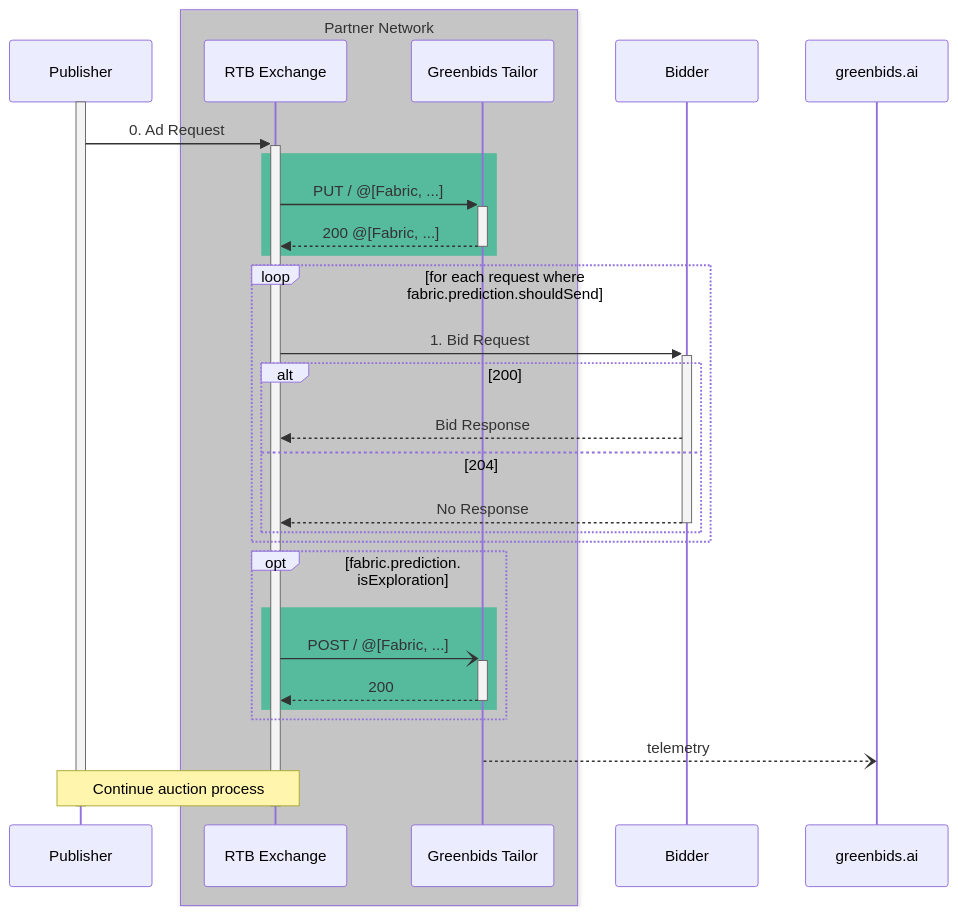
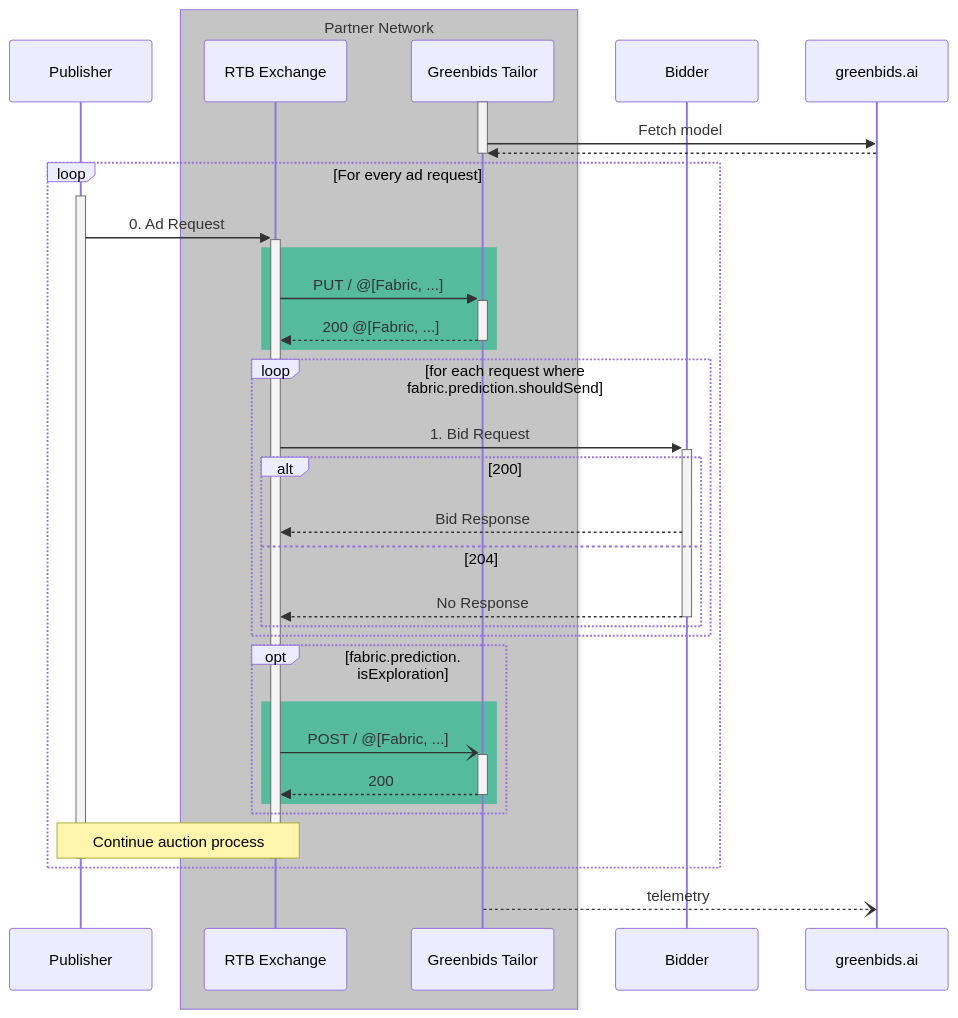
The diagram in README.md (greenbids/greenbids-tailor-external), drawn with Mermaid before and after one commit.

Commit message:
doc: add model fetching to sequence diagram

````diff
--- a/README.md
+++ b/README.md
@@ -62,38 +62,46 @@
 ```mermaid
 sequenceDiagram
     participant Publisher
-    activate Publisher
-
     box rgba(128, 128, 128, 0.33) Partner Network
         participant SSP as RTB Exchange
         participant GB as Greenbids Tailor
     end
+    participant Bidder
+    participant greenbids.ai
 
-    Publisher ->>+ SSP: 0. Ad Request
+    activate GB
+    GB ->> greenbids.ai: Fetch model
+    greenbids.ai -->> GB: 
+    deactivate GB
 
-    rect rgba(30, 183, 136, 0.66)
-    SSP ->>+ GB: PUT / @[Fabric, ...]
-    GB -->>- SSP: 200 @[Fabric, ...]
+    loop For every ad request
+        activate Publisher
+        Publisher ->>+ SSP: 0. Ad Request
+
+        rect rgba(30, 183, 136, 0.66)
+        SSP ->>+ GB: PUT / @[Fabric, ...]
+        GB -->>- SSP: 200 @[Fabric, ...]
+        end
+
+        loop for each request where fabric.prediction.shouldSend
+            SSP ->>+ Bidder : 1. Bid Request
+            alt 200
+            Bidder -->> SSP: Bid Response
+            else 204
+            Bidder -->>- SSP: No Response
+            end
+        end
+
+        opt fabric.prediction.<br>isExploration
+            rect rgba(30, 183, 136, 0.66)
+                SSP -)+ GB: POST / @[Fabric, ...]
+                GB -->>- SSP: 200
+            end
+        end
+
+        note over Publisher,SSP: Continue auction process
+        deactivate SSP
+        deactivate Publisher
     end
-
-    loop for each request where fabric.prediction.shouldSend
-        SSP ->>+ Bidder : 1. Bid Request
-        alt 200
-        Bidder -->> SSP: Bid Response
-        else 204
-        Bidder -->>- SSP: No Response
-        end
-    end
-
-    opt fabric.prediction.<br>isExploration
-        rect rgba(30, 183, 136, 0.66)
-            SSP -)+ GB: POST / @[Fabric, ...]
-            GB -->>- SSP: 200
-        end
-    end
-    GB --) greenbids.ai: telemetry
-
-    note over Publisher,SSP: Continue auction process
-    deactivate SSP
-    deactivate Publisher
+        GB --) greenbids.ai: telemetry
 ```
````
